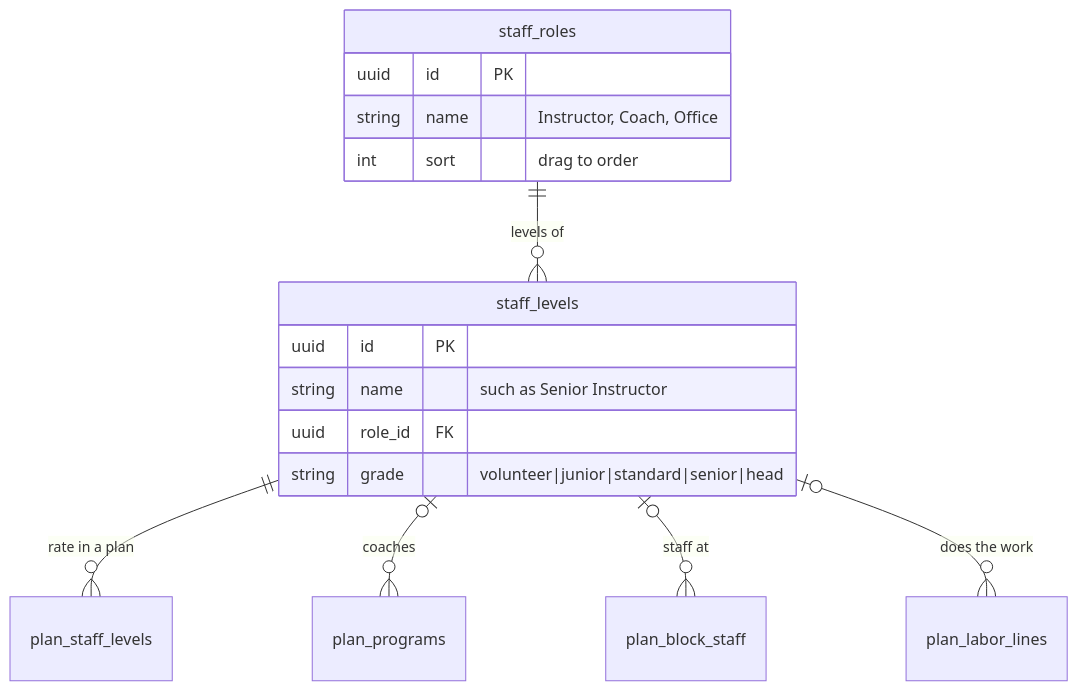
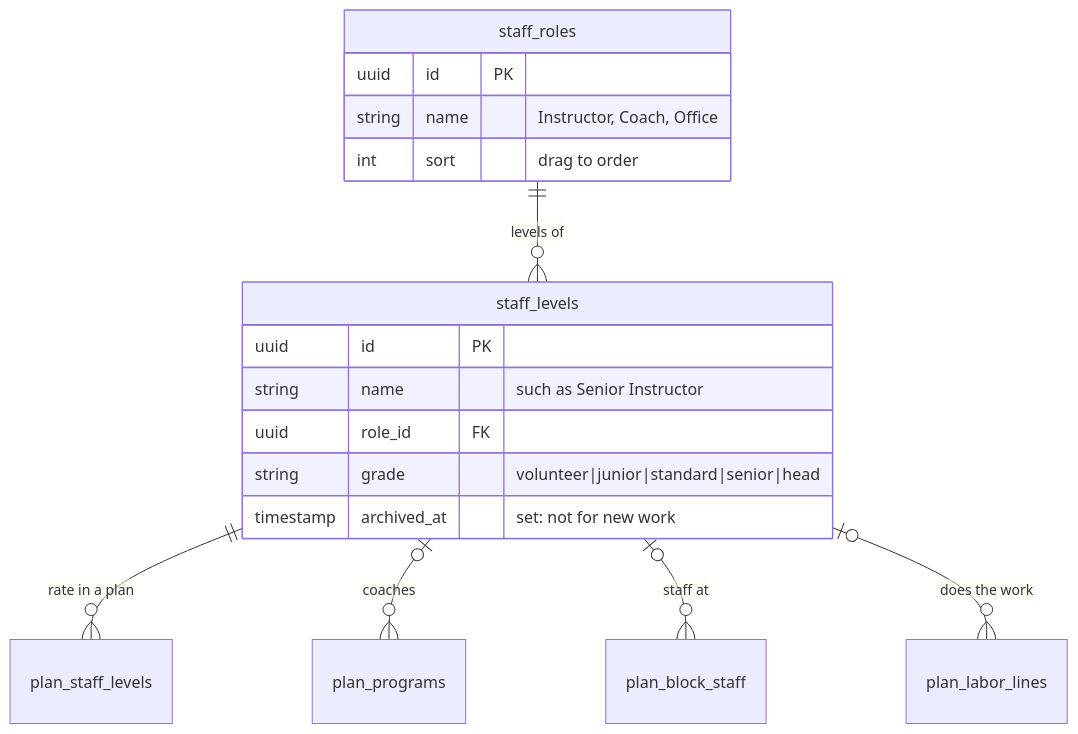
Before and after one commit to cyc-seattle/platform: the diagram in docs/hr-schema.md, drawn with Mermaid. The commit also changed other lines of this file and 30 other files, not shown here.

````diff
--- a/docs/hr-schema.md
+++ b/docs/hr-schema.md
@@ -9,20 +9,21 @@
 ```mermaid
 erDiagram
     staff_roles ||--o{ staff_levels : "levels of"
     staff_levels ||--o{ plan_staff_levels : "rate in a plan"
     staff_levels |o--o{ plan_programs : "coaches"
     staff_levels |o--o{ plan_block_staff : "staff at"
     staff_levels |o--o{ plan_labor_lines : "does the work"
 
     staff_roles {
         uuid id PK
         string name "Instructor, Coach, Office"
         int sort "drag to order"
     }
     staff_levels {
         uuid id PK
         string name "such as Senior Instructor"
         uuid role_id FK
         string grade "volunteer|junior|standard|senior|head"
+        timestamp archived_at "set: not for new work"
     }
 ```
````
